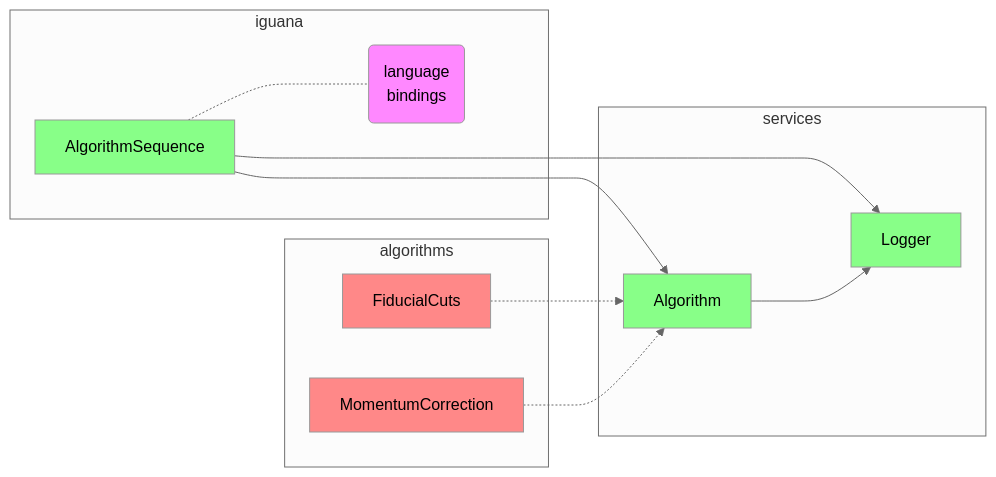
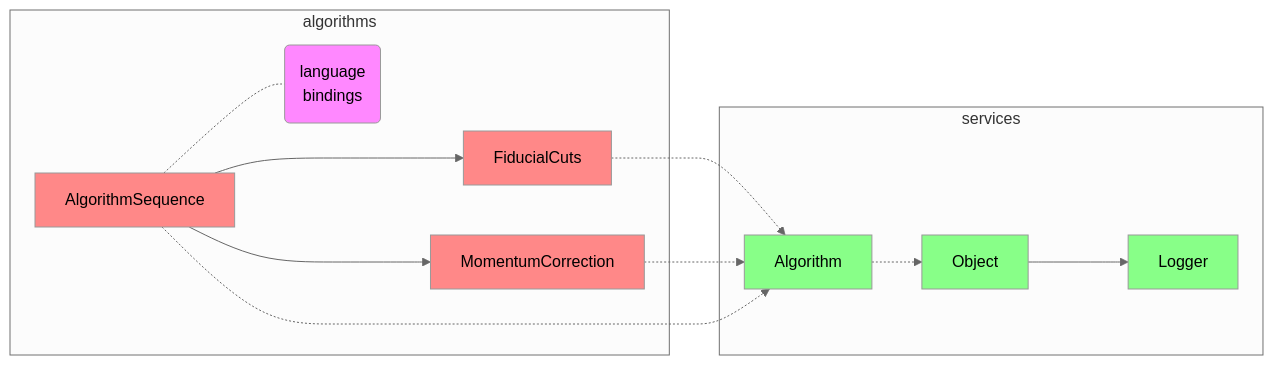
Before and after one commit to JeffersonLab/iguana: the first of 3 diagrams in doc/design.md, drawn with Mermaid (neutral theme). The commit also changed other lines of this file and 7 other files, not shown here.

Commit message:
refactor: `AlgorithmSequence` should be an `Algorithm` (#53)

````diff
--- a/doc/design.md
+++ b/doc/design.md
@@ -7,29 +7,31 @@
 ```mermaid
 flowchart LR
     classDef cls fill:#88ff88,color:black
     classDef algo fill:#ff8888,color:black
     classDef other fill:#ff88ff,color:black
 
-    subgraph iguana
-        AlgorithmSequence:::cls
-        bindings(language<br />bindings):::other
-    end
-
     subgraph services
         Algorithm:::cls
         Logger:::cls
+        Object:::cls
     end
 
     subgraph algorithms
         FiducialCuts:::algo
         MomentumCorrection:::algo
+        AlgorithmSequence:::algo
+        bindings(language<br />bindings):::other
     end
 
-    AlgorithmSequence    ---> Logger
-    AlgorithmSequence    ---> Algorithm
-    AlgorithmSequence    -.-  bindings
-    Algorithm ---> Logger
+    FiducialCuts       -.-> Algorithm
+    MomentumCorrection -.-> Algorithm
+    AlgorithmSequence  -.-> Algorithm
+    Algorithm          -.-> Object
 
-    FiducialCuts       -.-> Algorithm
-    MomentumCorrection       -.-> Algorithm
+    Object            ---> Logger
+    AlgorithmSequence ---> MomentumCorrection
+    AlgorithmSequence ---> FiducialCuts
+
+    AlgorithmSequence -.-  bindings
+
 ```
````
